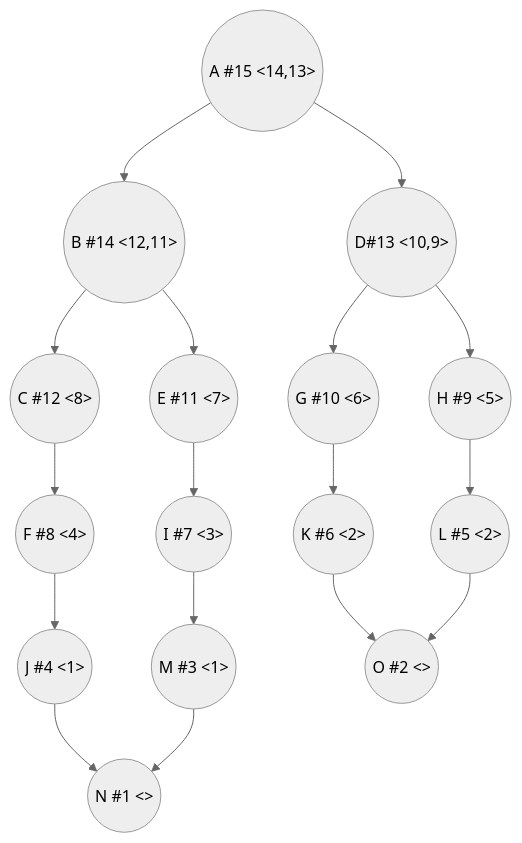
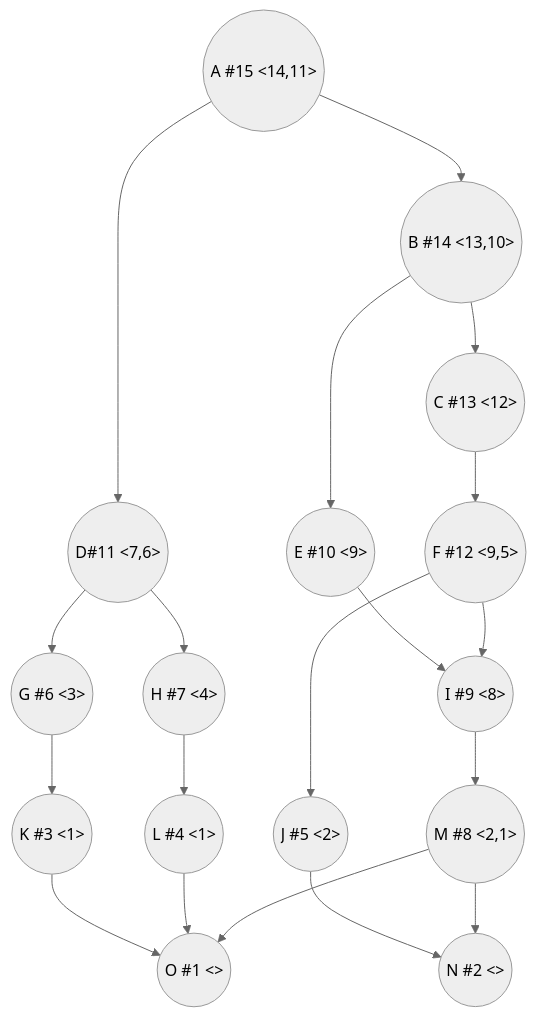
One commit to hse-algo-24-crow/manual-tasks-crow changed the third of 4 diagrams in task-7/biba-boba-task7.md. Above: the diagram before and after it, drawn with Mermaid (neutral theme). The commit also changed other lines of this file, not shown here.

````diff
--- a/task-7/biba-boba-task7.md
+++ b/task-7/biba-boba-task7.md
@@ -74,19 +76,21 @@
 ```mermaid
 graph TB
-A((A #15 <14,13>))-->D((D #13 <10,9>))
-A-->B((B #14 <12,11>))
-B-->C((C #12 <8>))
-B-->E((E #11 <7>))
-C-->F((F #8 <4>))
-D((D#13 <10,9>))-->G((G))
-D-->H((H #9 <5>))
-E-->I((I #7 <3>))
-F-->J((J #4 <1>))
-G((G #10 <6>))-->K((K #6 <2>))
-H-->L((L #5 <2>))
-I-->M((M #3 <1>))
+A((A #15 <14,11>))-->D((D #13 <7,6>))
+A-->B((B #14 <13,10>))
+B-->C((C #13 <12>))
+B-->E((E #10 <9>))
+C-->F((F #12 <9,5>))
+D((D#11 <7,6>))-->G((G))
+D-->H((H #7 <4>))
+E-->I((I #9 <8>))
+F-->J((J #5 <2>))
+F-->I((I #9 <8>))
+G((G #6 <3>))-->K((K #3 <1>))
+H-->L((L #4 <1>))
+I-->M((M #8 <2,1>))
 J-->N((N))
 K-->O((O))
-L-->O((O #2 <>))
-M-->N((N #1 <>))
+L-->O((O #1 <>))
+M-->N((N #2 <>))
+M-->O
 ```
````
